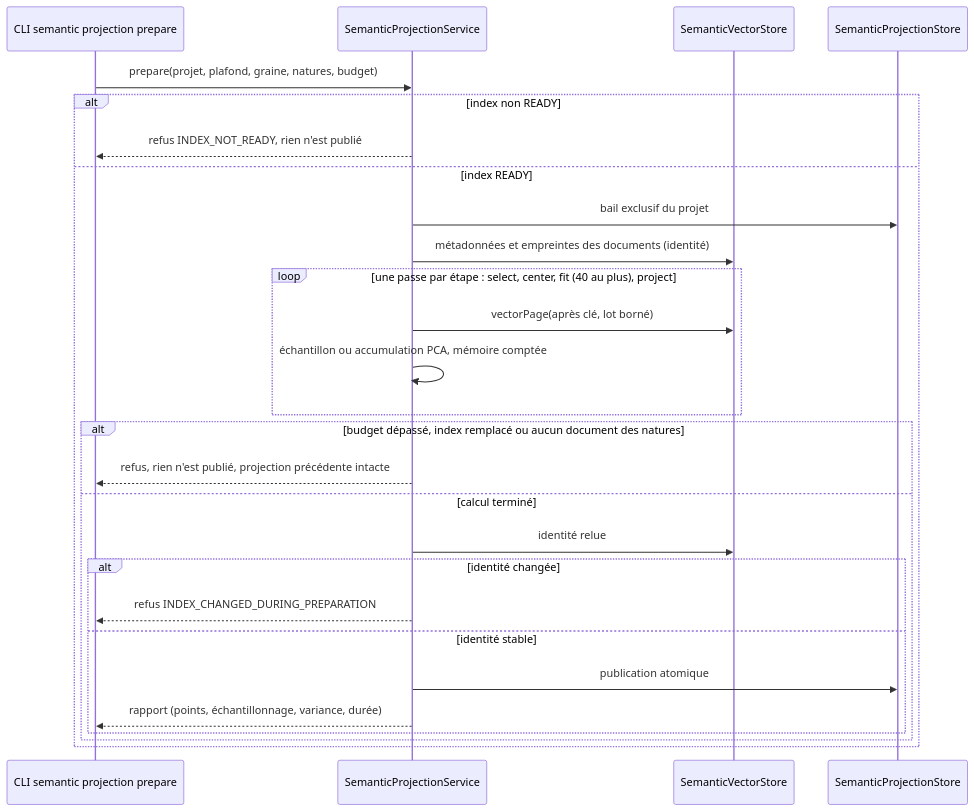
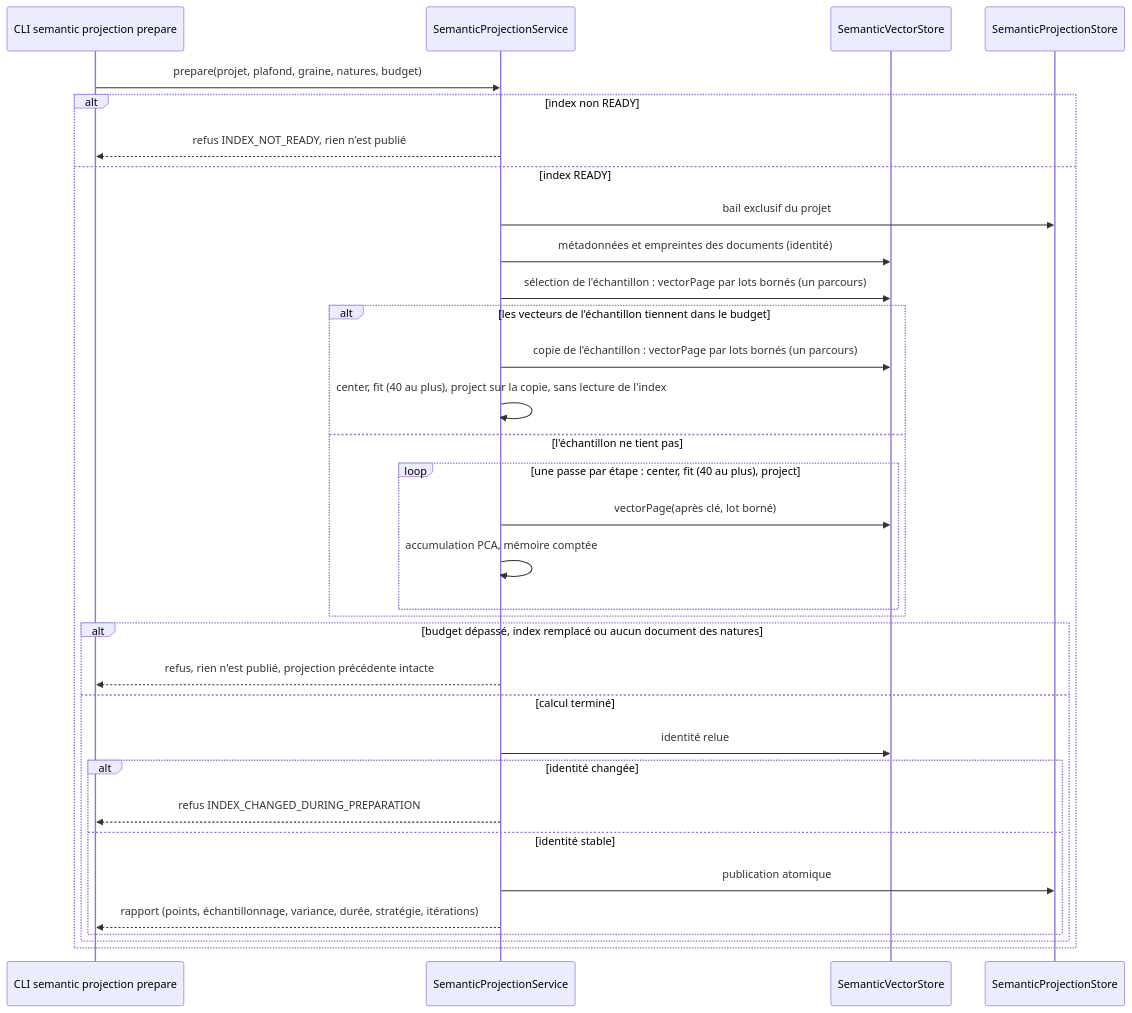
One commit to FTurleque/minos-code-intelligence changed the fifth of 6 diagrams in docs/architecture/diagrams/capacites/exploration-semantique.md. Above: the diagram before and after it, drawn with Mermaid. The commit also changed other lines of this file and 17 other files, not shown here.

First line of the commit message:
fix(application): itérer la projection sur l'échantillon copié en mémoire

````diff
--- a/docs/architecture/diagrams/capacites/exploration-semantique.md
+++ b/docs/architecture/diagrams/capacites/exploration-semantique.md
@@ -152,29 +152,35 @@
 ```mermaid
 sequenceDiagram
     participant C as CLI semantic projection prepare
     participant P as SemanticProjectionService
     participant V as SemanticVectorStore
     participant J as SemanticProjectionStore
     C->>P: prepare(projet, plafond, graine, natures, budget)
     alt index non READY
         P-->>C: refus INDEX_NOT_READY, rien n'est publié
     else index READY
         P->>J: bail exclusif du projet
         P->>V: métadonnées et empreintes des documents (identité)
-        loop une passe par étape : select, center, fit (40 au plus), project
-            P->>V: vectorPage(après clé, lot borné)
-            P->>P: échantillon ou accumulation PCA, mémoire comptée
+        P->>V: sélection de l'échantillon : vectorPage par lots bornés (un parcours)
+        alt les vecteurs de l'échantillon tiennent dans le budget
+            P->>V: copie de l'échantillon : vectorPage par lots bornés (un parcours)
+            P->>P: center, fit (40 au plus), project sur la copie, sans lecture de l'index
+        else l'échantillon ne tient pas
+            loop une passe par étape : center, fit (40 au plus), project
+                P->>V: vectorPage(après clé, lot borné)
+                P->>P: accumulation PCA, mémoire comptée
+            end
         end
         alt budget dépassé, index remplacé ou aucun document des natures
             P-->>C: refus, rien n'est publié, projection précédente intacte
         else calcul terminé
             P->>V: identité relue
             alt identité changée
                 P-->>C: refus INDEX_CHANGED_DURING_PREPARATION
             else identité stable
                 P->>J: publication atomique
-                P-->>C: rapport (points, échantillonnage, variance, durée)
+                P-->>C: rapport (points, échantillonnage, variance, durée, stratégie, itérations)
             end
         end
     end
 ```
````
